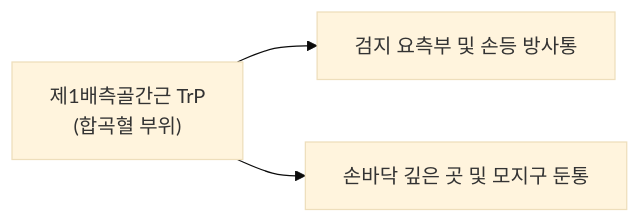
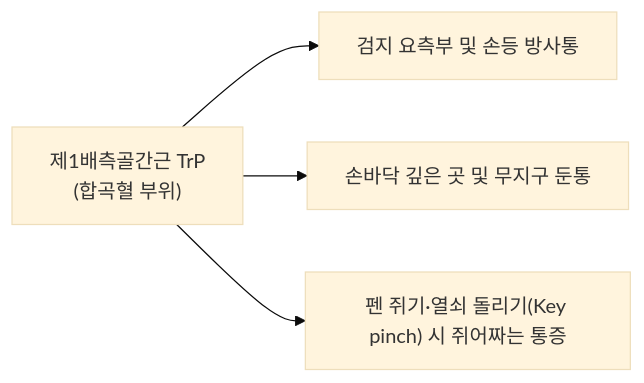
One commit to simbio11/simbio-digital-garden2 changed the third of 3 diagrams in content/1. 근골격계 공부/근육/(7) 수부/골간근.md. Above: the diagram before and after it, drawn with Mermaid (base theme). The commit also changed other lines of this file and 122 other files, not shown here.

````diff
--- a/content/1. 근골격계 공부/근육/(7) 수부/골간근.md
+++ b/content/1. 근골격계 공부/근육/(7) 수부/골간근.md
@@ -72,6 +75,7 @@
 ```mermaid
 flowchart LR
     TP_DI1["제1배측골간근 TrP
 (합곡혈 부위)"] --> Zone1["검지 요측부 및 손등 방사통"]
-    TP_DI1 --> Zone2["손바닥 깊은 곳 및 모지구 둔통"]
+    TP_DI1 --> Zone2["손바닥 깊은 곳 및 무지구 둔통"]
+    TP_DI1 --> Zone3["펜 쥐기·열쇠 돌리기(Key pinch) 시 쥐어짜는 통증"]
 ```
````
